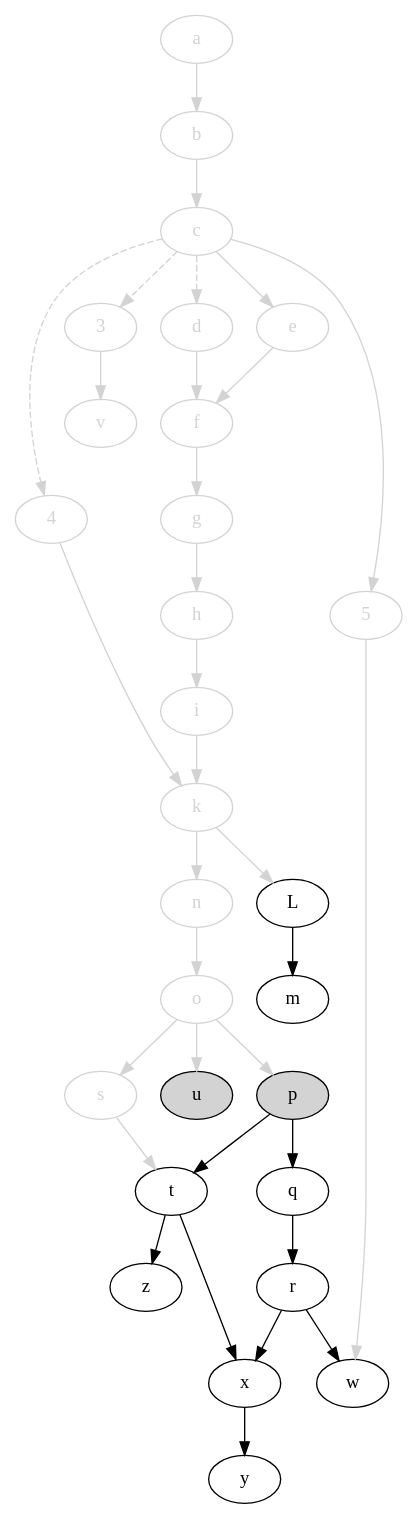
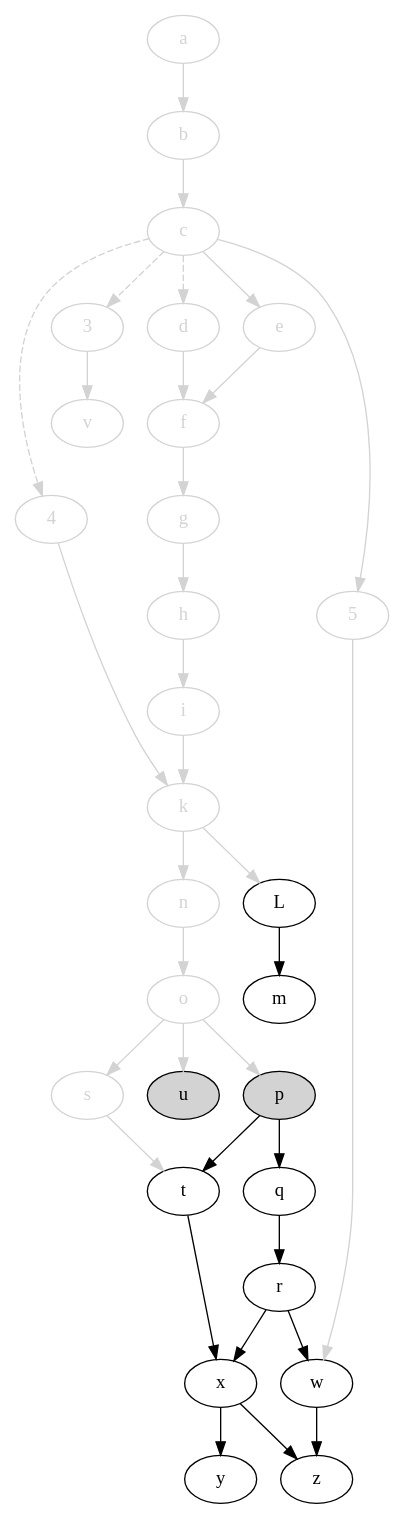
One commit to jdmpapin/svm-startup-deps changed the diagram in svm-startup-deps.dot. Above: the diagram before and after it, drawn with Graphviz. The commit also changed 1 other file, not shown here.

```diff
--- a/svm-startup-deps.dot
+++ b/svm-startup-deps.dot
@@ -1,66 +1,67 @@
 digraph {
     // open: [style=filled,fillcolor=lightgrey]
     // closed: [color=lightgrey,fontcolor=lightgrey]
 
     4 [color=lightgrey,fontcolor=lightgrey];
     3 [color=lightgrey,fontcolor=lightgrey];
     a [color=lightgrey,fontcolor=lightgrey];
     b [color=lightgrey,fontcolor=lightgrey];
     c [color=lightgrey,fontcolor=lightgrey];
     d [color=lightgrey,fontcolor=lightgrey];
     e [color=lightgrey,fontcolor=lightgrey];
     f [color=lightgrey,fontcolor=lightgrey];
     g [color=lightgrey,fontcolor=lightgrey];
     h [color=lightgrey,fontcolor=lightgrey];
     i [color=lightgrey,fontcolor=lightgrey];
     k [color=lightgrey,fontcolor=lightgrey];
     L;
     m;
     5 [color=lightgrey,fontcolor=lightgrey];
     n [color=lightgrey,fontcolor=lightgrey];
     o [color=lightgrey,fontcolor=lightgrey];
     p [style=filled,fillcolor=lightgrey];
     q;
     r;
     s [color=lightgrey,fontcolor=lightgrey];
     t;
     u [style=filled,fillcolor=lightgrey];
     v [color=lightgrey,fontcolor=lightgrey];
     w;
     x;
     y;
     z;
 
     4 -> k [color=lightgrey];
     c -> 4 [style=dashed,color=lightgrey];
     c -> 3 [style=dashed,color=lightgrey];
     c -> d [style=dashed,color=lightgrey];
     3 -> v [color=lightgrey];
     a -> b [color=lightgrey];
     b -> c [color=lightgrey];
     c -> e [color=lightgrey];
     c -> 5 [color=lightgrey];
     d -> f [color=lightgrey];
     e -> f [color=lightgrey];
     f -> g [color=lightgrey];
     g -> h [color=lightgrey];
     h -> i [color=lightgrey];
     i -> k [color=lightgrey];
     k -> L [color=lightgrey];
     L -> m;
     k -> n [color=lightgrey];
     n -> o [color=lightgrey];
     o -> p [color=lightgrey];
     p -> q;
     q -> r;
     o -> s [color=lightgrey];
     s -> t [color=lightgrey];
     p -> t;
     o -> u [color=lightgrey];
     5 -> w [color=lightgrey];
     r -> w;
     t -> x;
     r -> x;
     x -> y;
-    t -> z;
+    x -> z;
+    w -> z;
 }
```
